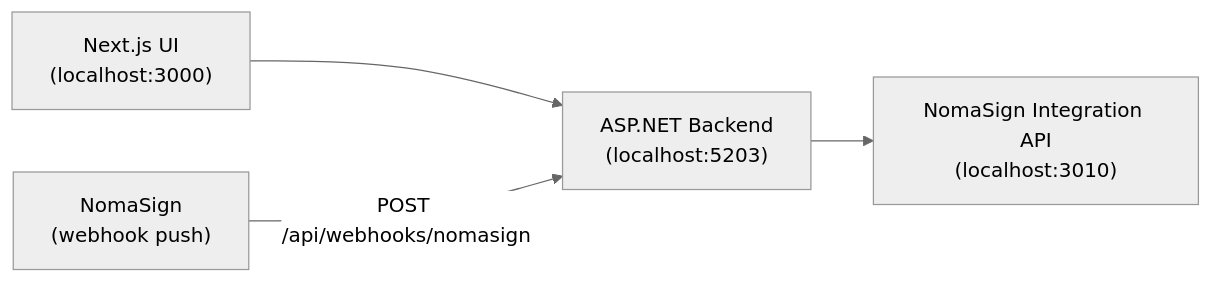
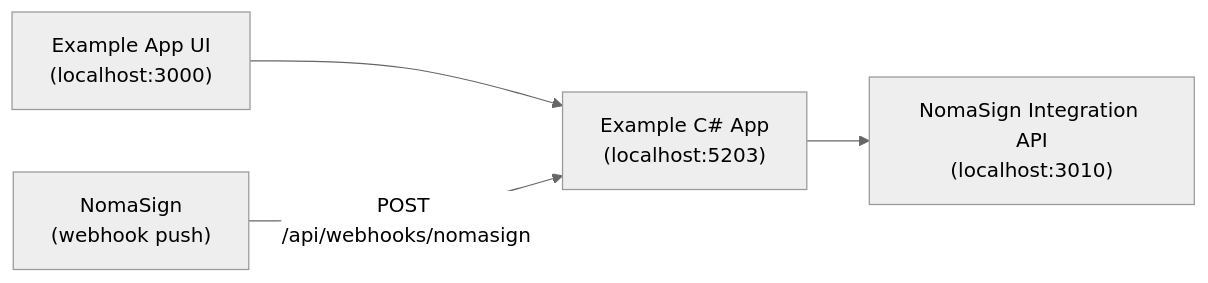
The diagram in README.md (Nomasign/IntegrationExamples), drawn with Mermaid (neutral theme) before and after one commit.

Commit message:
Rename diagram nodes to Example App UI / Example C# App

````diff
--- a/README.md
+++ b/README.md
@@ -7,6 +7,6 @@
 ```mermaid
 graph LR
-    UI["Next.js UI<br/>(localhost:3000)"] --> Backend["ASP.NET Backend<br/>(localhost:5203)"]
+    UI["Example App UI<br/>(localhost:3000)"] --> Backend["Example C# App<br/>(localhost:5203)"]
     Backend --> API["NomaSign Integration API<br/>(localhost:3010)"]
     NomaSign["NomaSign<br/>(webhook push)"] -->|"POST /api/webhooks/nomasign"| Backend
 ```
````
